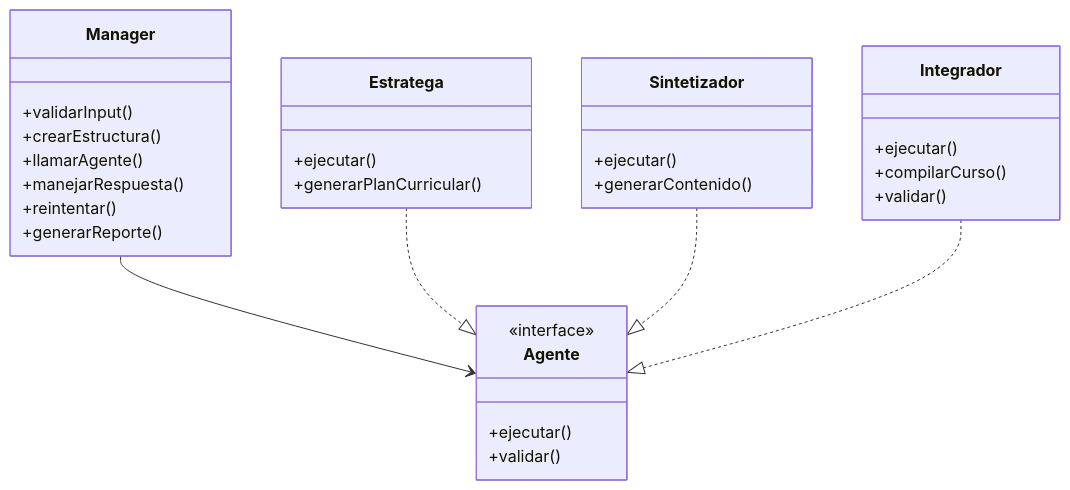
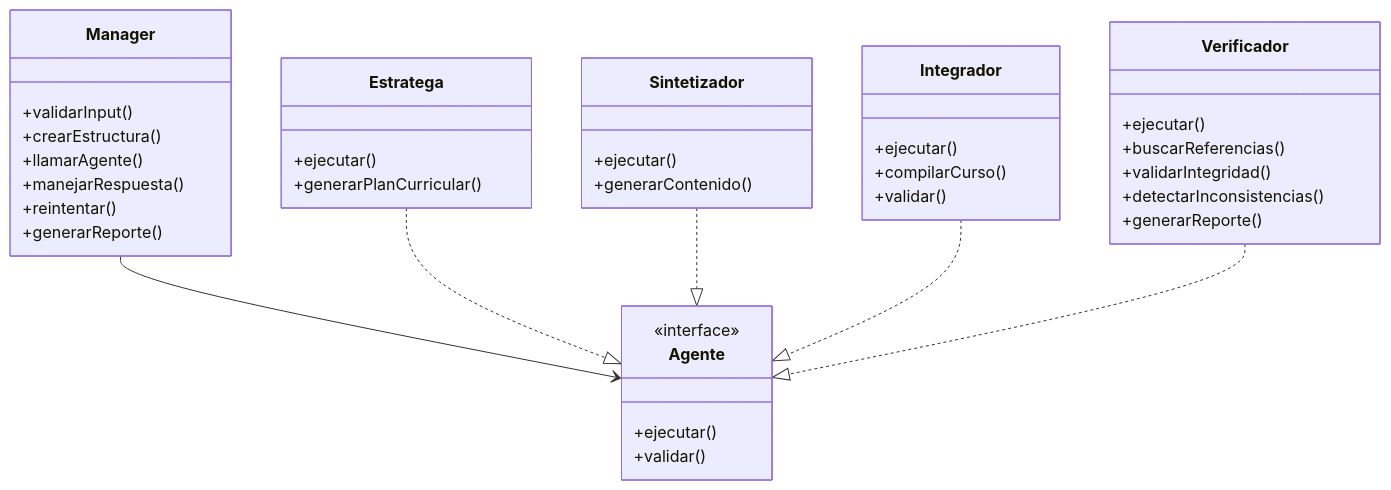
Before and after one commit to developer-laoz396/teach-laoz-courses-generator: the fourth of 11 diagrams in docs/ARQUITECTURA.md, drawn with Mermaid. The commit also changed other lines of this file and 33 other files, not shown here.

````diff
--- a/docs/ARQUITECTURA.md
+++ b/docs/ARQUITECTURA.md
@@ -201,38 +217,47 @@
 ```mermaid
 classDiagram
     class Manager {
         +validarInput()
         +crearEstructura()
         +llamarAgente()
         +manejarRespuesta()
         +reintentar()
         +generarReporte()
     }
 
     class Agente {
         <<interface>>
         +ejecutar()
         +validar()
     }
 
     class Estratega {
         +ejecutar()
         +generarPlanCurricular()
     }
 
     class Sintetizador {
         +ejecutar()
         +generarContenido()
     }
 
     class Integrador {
         +ejecutar()
         +compilarCurso()
         +validar()
     }
 
+    class Verificador {
+        +ejecutar()
+        +buscarReferencias()
+        +validarIntegridad()
+        +detectarInconsistencias()
+        +generarReporte()
+    }
+
     Manager --> Agente
     Estratega ..|> Agente
     Sintetizador ..|> Agente
     Integrador ..|> Agente
+    Verificador ..|> Agente
 ```
````
